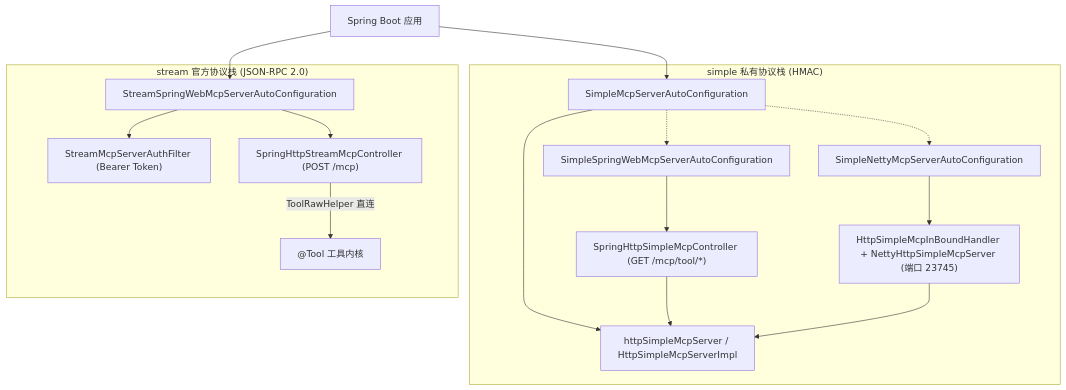
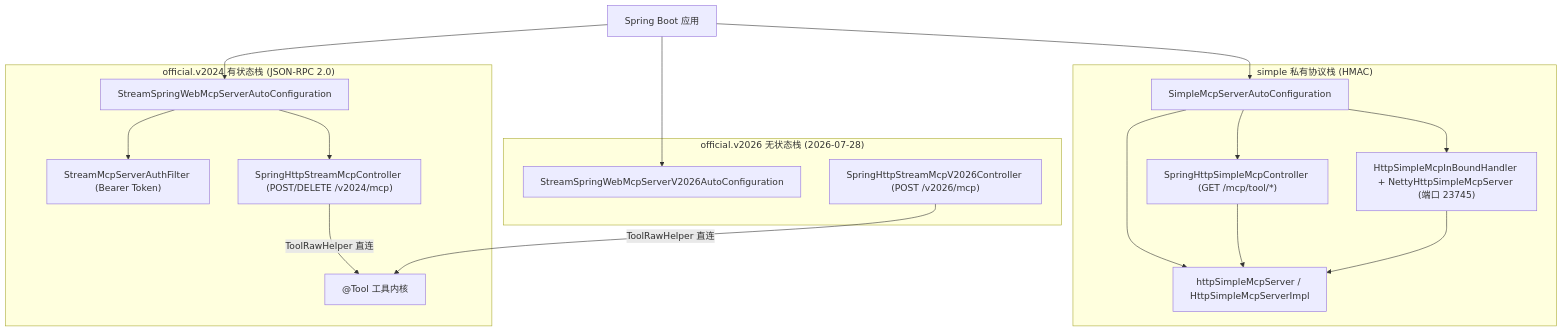
Before and after one commit to Ice2Faith/i2f-turbo-java: the first of 2 diagrams in .wiki/modules/i2f-springboot/i2f-springboot-ai-mcp-server/readme.md, drawn with Mermaid. The commit also changed other lines of this file and 3 other files, not shown here.

````diff
--- a/.wiki/modules/i2f-springboot/i2f-springboot-ai-mcp-server/readme.md
+++ b/.wiki/modules/i2f-springboot/i2f-springboot-ai-mcp-server/readme.md
@@ -45,25 +37,29 @@
 ```mermaid
 flowchart TD
     APP["Spring Boot 应用"]
     subgraph simple["simple 私有协议栈 (HMAC)"]
         SM["SimpleMcpServerAutoConfiguration"]
         SS["httpSimpleMcpServer / HttpSimpleMcpServerImpl"]
-        SW["SimpleSpringWebMcpServerAutoConfiguration"]
-        NT["SimpleNettyMcpServerAutoConfiguration"]
         CTRL["SpringHttpSimpleMcpController (GET /mcp/tool/*)"]
         HN["HttpSimpleMcpInBoundHandler + NettyHttpSimpleMcpServer (端口 23745)"]
         SM --> SS
-        SM -.-> SW --> CTRL --> SS
-        SM -.-> NT --> HN --> SS
+        SM --> CTRL --> SS
+        SM --> HN --> SS
     end
-    subgraph stream["stream 官方协议栈 (JSON-RPC 2.0)"]
-        ST["StreamSpringWebMcpServerAutoConfiguration"]
+    subgraph v2024["official.v2024 有状态栈 (JSON-RPC 2.0)"]
+        A24["StreamSpringWebMcpServerAutoConfiguration"]
         AUTH["StreamMcpServerAuthFilter (Bearer Token)"]
-        SCH["SpringHttpStreamMcpController (POST /mcp)"]
-        ST --> AUTH
-        ST --> SCH
-        SCH -->|ToolRawHelper 直连| TOOL["@Tool 工具内核"]
+        C24["SpringHttpStreamMcpController (POST/DELETE /v2024/mcp)"]
+        A24 --> AUTH
+        A24 --> C24
+        C24 -->|ToolRawHelper 直连| TOOL["@Tool 工具内核"]
+    end
+    subgraph v2026["official.v2026 无状态栈 (2026-07-28)"]
+        A26["StreamSpringWebMcpServerV2026AutoConfiguration"]
+        C26["SpringHttpStreamMcpV2026Controller (POST /v2026/mcp)"]
+        C26 -->|ToolRawHelper 直连| TOOL
     end
     APP --> SM
-    APP --> ST
+    APP --> A24
+    APP --> A26
 ```
````
